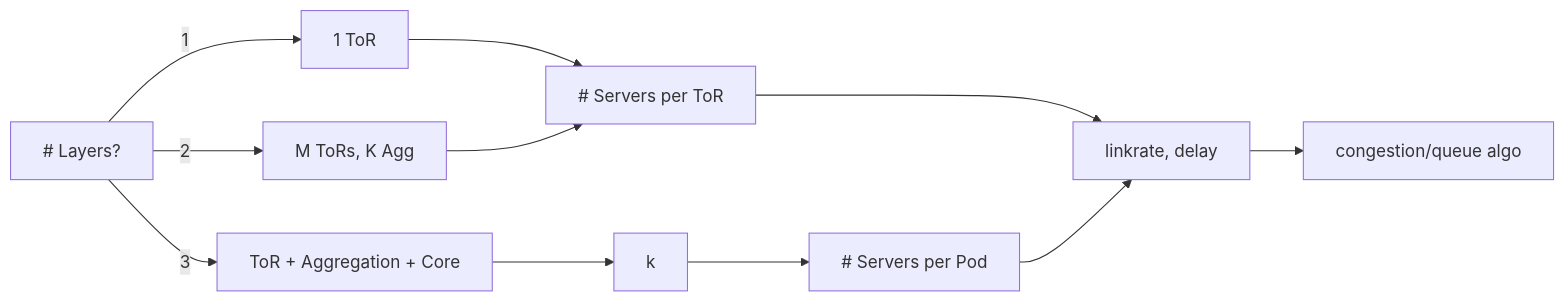
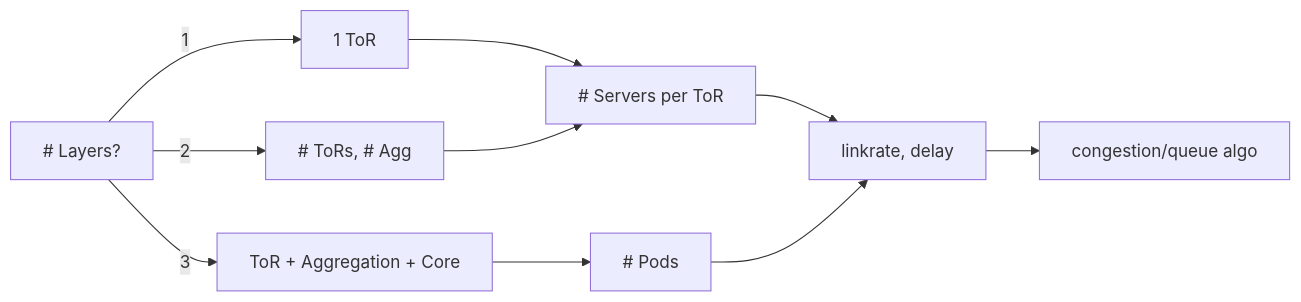
Before and after one commit to jamsamjam/nal-project: the diagram in README.md, drawn with Mermaid. The commit also changed 1 other file, not shown here.

Commit message:
fix: wizard 3-layer case

````diff
--- a/README.md
+++ b/README.md
@@ -6,18 +6,17 @@
 ```mermaid
 flowchart LR
 
     A[# Layers?]
 
     A -->|1| L1[1 ToR]
     L1 --> L1S[# Servers per ToR]
     L1S --> D[linkrate, delay]
     D --> C[congestion/queue algo]
 
-    A -->|2| L2[M ToRs, K Agg]
+    A -->|2| L2[# ToRs, # Agg]
     L2 --> L1S
 
     A -->|3| L3[ToR + Aggregation + Core]
-    L3 --> L3N[k]
-    L3N --> L3A[# Servers per Pod]
-    L3A --> D
+    L3 --> L3N[# Pods]
+    L3N --> D
 ```
````
